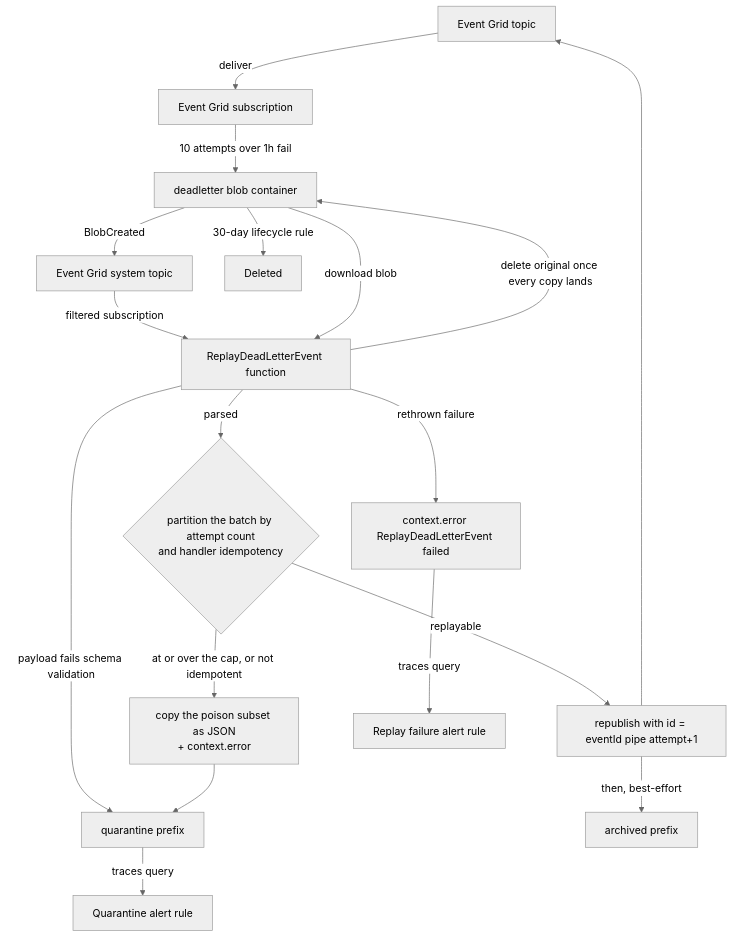
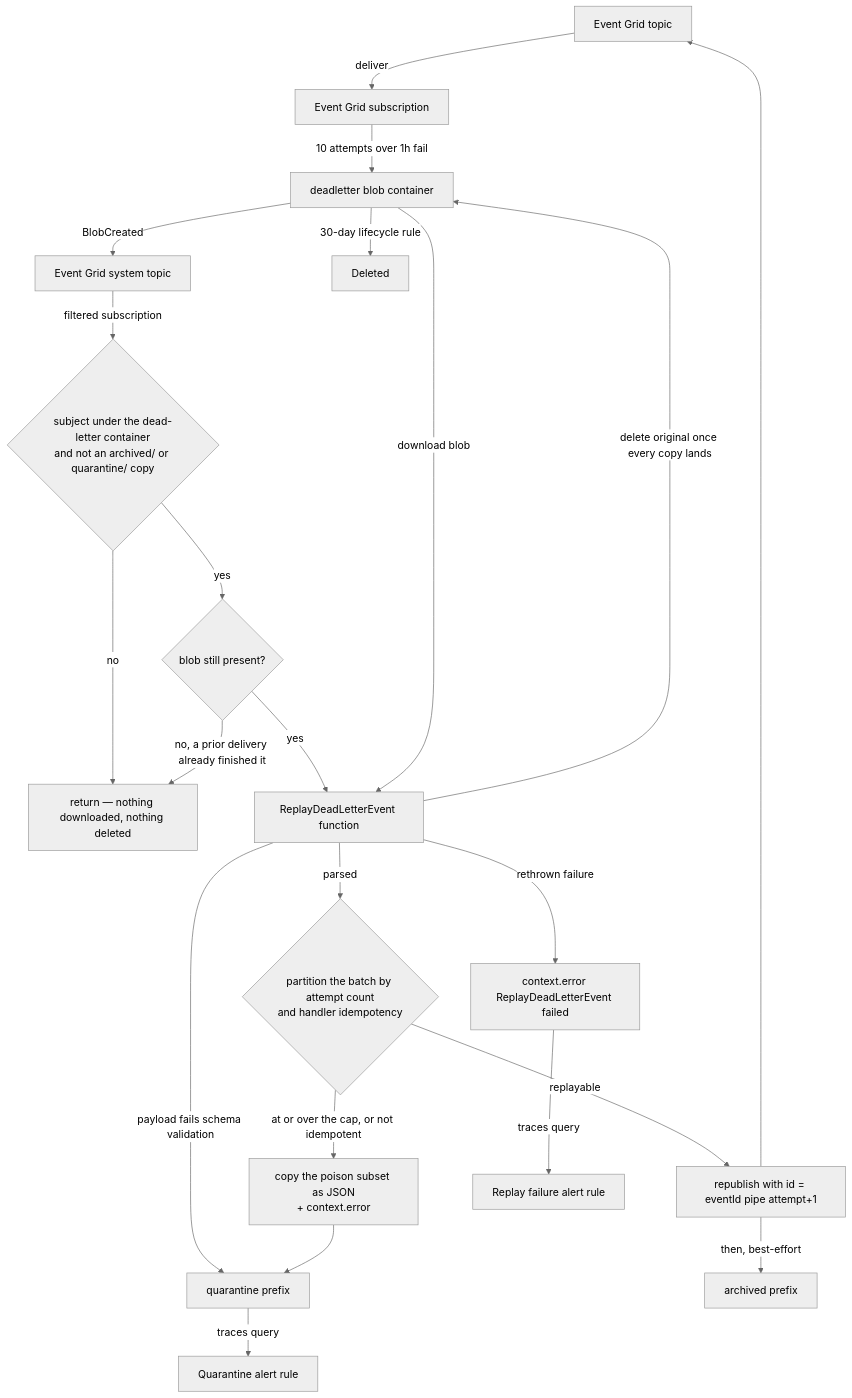
One commit to Esposter/Esposter changed the first of 2 diagrams in packages/app/content/docs/infra/eventgrid-dead-letter.md. Above: the diagram before and after it, drawn with Mermaid (neutral theme). The commit also changed other lines of this file and 16 other files, not shown here.

````diff
--- a/packages/app/content/docs/infra/eventgrid-dead-letter.md
+++ b/packages/app/content/docs/infra/eventgrid-dead-letter.md
@@ -44,20 +44,24 @@
 ```mermaid
 flowchart TD
   topic[Event Grid topic] -->|deliver| sub[Event Grid subscription]
   sub -->|10 attempts over 1h fail| dead[deadletter blob container]
   dead -->|BlobCreated| egst[Event Grid system topic]
-  egst -->|filtered subscription| fn[ReplayDeadLetterEvent function]
+  egst -->|filtered subscription| guard{"subject under the dead-letter container<br/>and not an archived/ or quarantine/ copy"}
+  guard -->|no| ignored["return — nothing downloaded, nothing deleted"]
+  guard -->|yes| exists{"blob still present?"}
+  exists -->|no, a prior delivery already finished it| ignored
+  exists -->|yes| fn[ReplayDeadLetterEvent function]
   dead -->|download blob| fn
   fn -->|payload fails schema validation| quarantine[quarantine prefix]
   fn -->|parsed| split{"partition the batch by attempt count<br/>and handler idempotency"}
   split -->|at or over the cap, or not idempotent| poison["copy the poison subset as JSON<br/>+ context.error"]
   poison --> quarantine
   split -->|replayable| republish["republish with id = eventId pipe attempt+1"]
   republish --> topic
   republish -->|then, best-effort| archived[archived prefix]
   quarantine -->|traces query| alert[Quarantine alert rule]
   fn -->|rethrown failure| failed["context.error ReplayDeadLetterEvent failed"]
   failed -->|traces query| failedAlert[Replay failure alert rule]
   fn -->|delete original once every copy lands| dead
   dead -->|30-day lifecycle rule| gone[Deleted]
 ```
````
